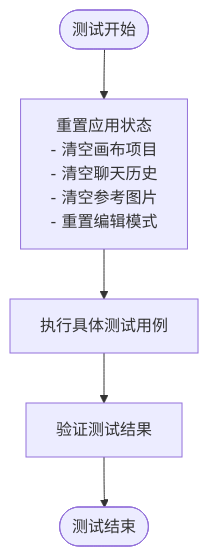
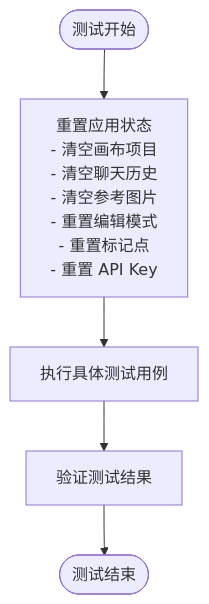
The fourth of 7 diagrams in .qoder/repowiki/zh/content/测试策略.md (billye220670/BananaFlow2), drawn with Mermaid before and after one commit. The commit also changed other lines of this file and 22 other files, not shown here.

````diff
--- a/.qoder/repowiki/zh/content/测试策略.md
+++ b/.qoder/repowiki/zh/content/测试策略.md
@@ -182,7 +201,7 @@
 ```mermaid
 flowchart TD
-Start([测试开始]) --> ResetState["重置应用状态<br/>- 清空画布项目<br/>- 清空聊天历史<br/>- 清空参考图片<br/>- 重置编辑模式"]
+Start([测试开始]) --> ResetState["重置应用状态<br/>- 清空画布项目<br/>- 清空聊天历史<br/>- 清空参考图片<br/>- 重置编辑模式<br/>- 重置标记点<br/>- 重置 API Key"]
 ResetState --> RunTest["执行具体测试用例"]
 RunTest --> VerifyResult["验证测试结果"]
 VerifyResult --> End([测试结束])
 ```
````
